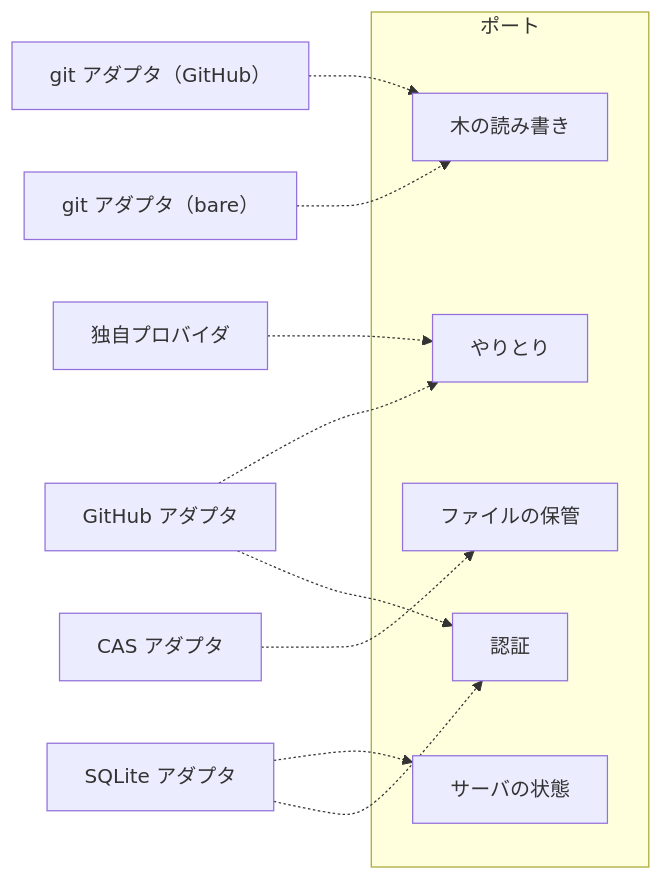
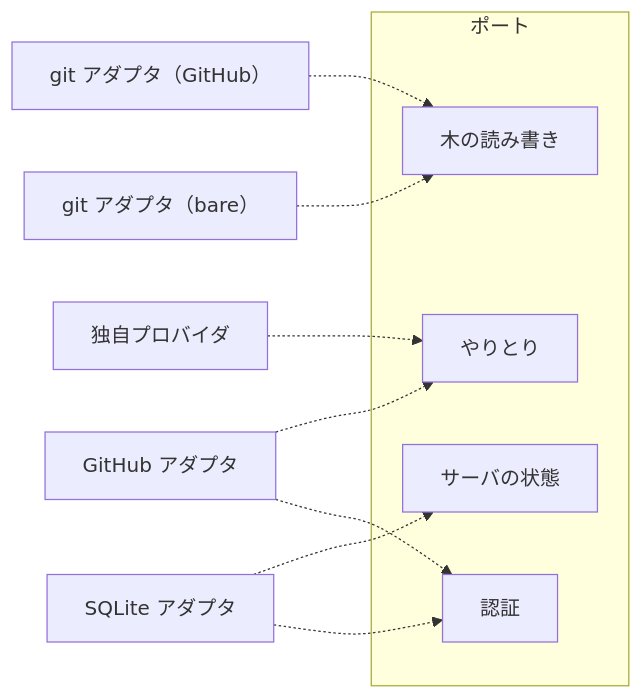
Before and after one commit to yamambainc/logiforge: the diagram in design/backend/ports/README.md, drawn with Mermaid. The commit also changed other lines of this file and 29 other files, not shown here.

````diff
--- a/design/backend/ports/README.md
+++ b/design/backend/ports/README.md
@@ -18,18 +17,16 @@
 ```mermaid
 flowchart LR
   subgraph PT["ポート"]
     P1["木の読み書き"]
     P2["やりとり"]
     P3["サーバの状態"]
-    P4["ファイルの保管"]
-    P5["認証"]
+    P4["認証"]
   end
   GITR["git アダプタ（GitHub）"] -.-> P1
   GITL["git アダプタ（bare）"] -.-> P1
   GH["GitHub アダプタ"] -.-> P2
   NA["独自プロバイダ"] -.-> P2
   SQ["SQLite アダプタ"] -.-> P3
-  CA["CAS アダプタ"] -.-> P4
-  GH -.-> P5
-  SQ -.-> P5
+  GH -.-> P4
+  SQ -.-> P4
 ```
````
